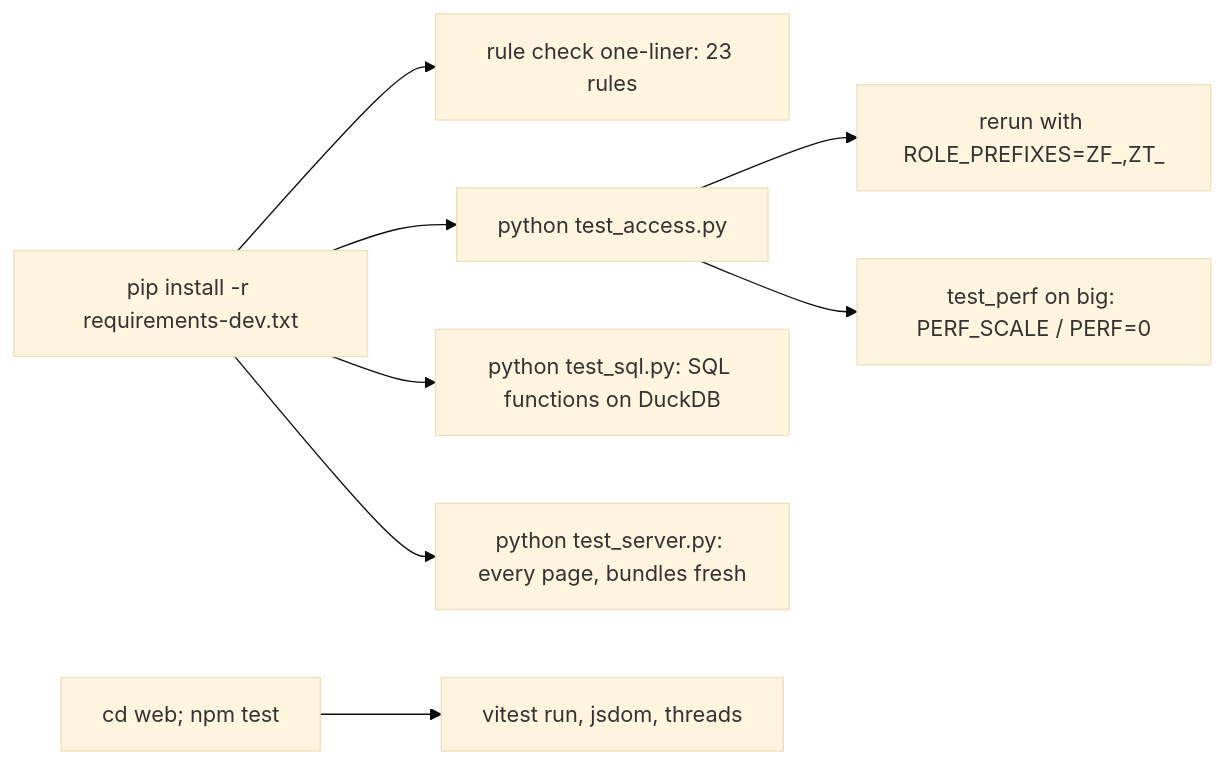
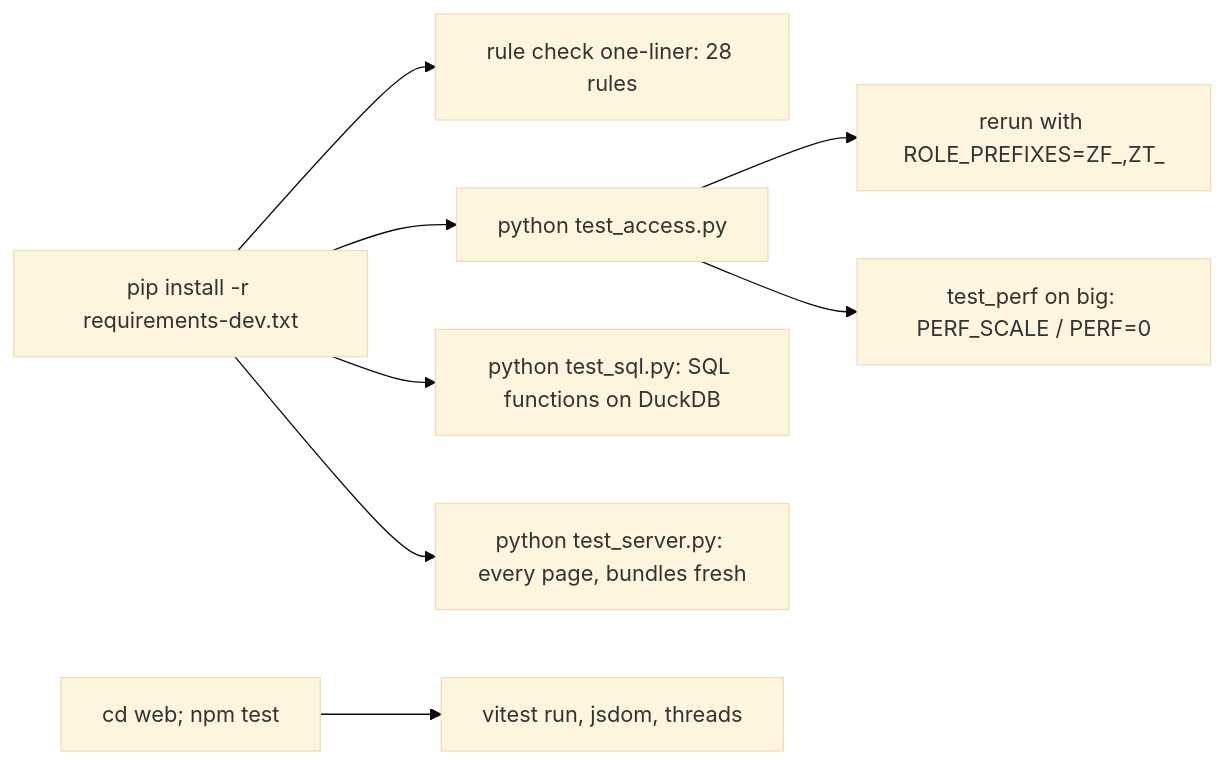
Before and after one commit to darshanmeel/snowflake-access-explorer: the diagram in snowflake-access-explorer-knowledge-graph/processes/test.md, drawn with Mermaid (base theme). The commit also changed other lines of this file and 106 other files, not shown here.

First line of the commit message:
Docs and knowledge graph for Activity; setup verify expects 11 tables

````diff
--- a/snowflake-access-explorer-knowledge-graph/processes/test.md
+++ b/snowflake-access-explorer-knowledge-graph/processes/test.md
@@ -3,9 +4,9 @@
 ```mermaid
 flowchart LR
-  D[pip install -r requirements-dev.txt] --> R[rule check one-liner: 23 rules]
+  D[pip install -r requirements-dev.txt] --> R[rule check one-liner: 28 rules]
   D --> A[python test_access.py] --> A2[rerun with ROLE_PREFIXES=ZF_,ZT_]
   D --> Q[python test_sql.py: SQL functions on DuckDB]
   D --> S[python test_server.py: every page, bundles fresh]
   N[cd web; npm test] --> V[vitest run, jsdom, threads]
   A --> P[test_perf on big: PERF_SCALE / PERF=0]
 ```
````
